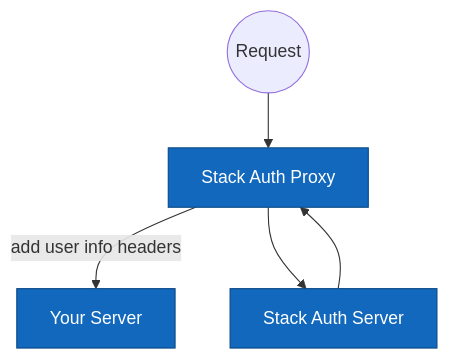
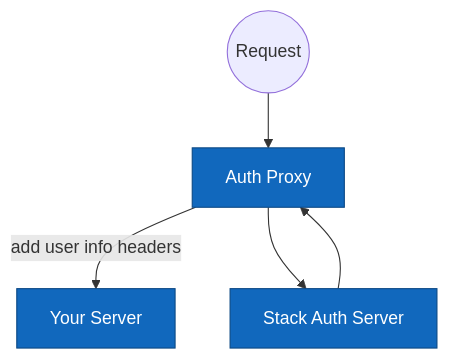
One commit to stack-auth/auth-proxy changed the diagram in README.md. Above: the diagram before and after it, drawn with Mermaid. The commit also changed 1 other file, not shown here.

Commit message:
updated wording

````diff
--- a/README.md
+++ b/README.md
@@ -125,17 +125,17 @@
 ```mermaid
 graph TB
     Client((Request))
-    Proxy[Stack Auth Proxy]
+    Proxy[Auth Proxy]
     YourServer[Your Server]
     StackAuthServer[Stack Auth Server]
     
     Client --> Proxy
     Proxy --> |"add user info headers"| YourServer
     Proxy --> StackAuthServer
     StackAuthServer --> Proxy
 
     classDef container fill:#1168bd,stroke:#0b4884,color:#ffffff
     class StackAuthServer container
     class YourServer container
     class Proxy container
 ```
````
